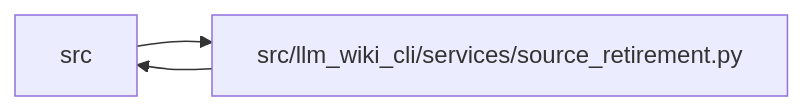
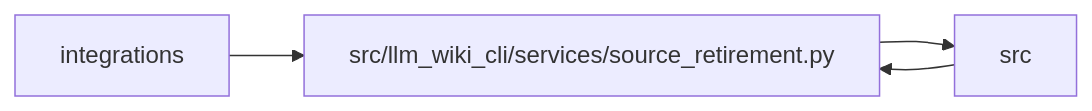
Before and after one commit to Denissvgn/python-wiki-llm: the diagram in docs/llm_wiki/modules/source_retirement.md, drawn with Mermaid. The commit also changed other lines of this file and 255 other files, not shown here.

````diff
--- a/docs/llm_wiki/modules/source_retirement.md
+++ b/docs/llm_wiki/modules/source_retirement.md
@@ -47,8 +47,10 @@
 ```mermaid
 flowchart LR
-    n0["src"]
-    n1["src/llm_wiki_cli/services/source_retirement.py"]
-    n0 --> n1
-    n1 --> n0
-    click n1 "../modules/source_retirement.md"
+    n0["integrations"]
+    n1["src"]
+    n2["src/llm_wiki_cli/services/source_retirement.py"]
+    n0 --> n2
+    n1 --> n2
+    n2 --> n1
+    click n2 "../modules/source_retirement.md"
 ```
````
